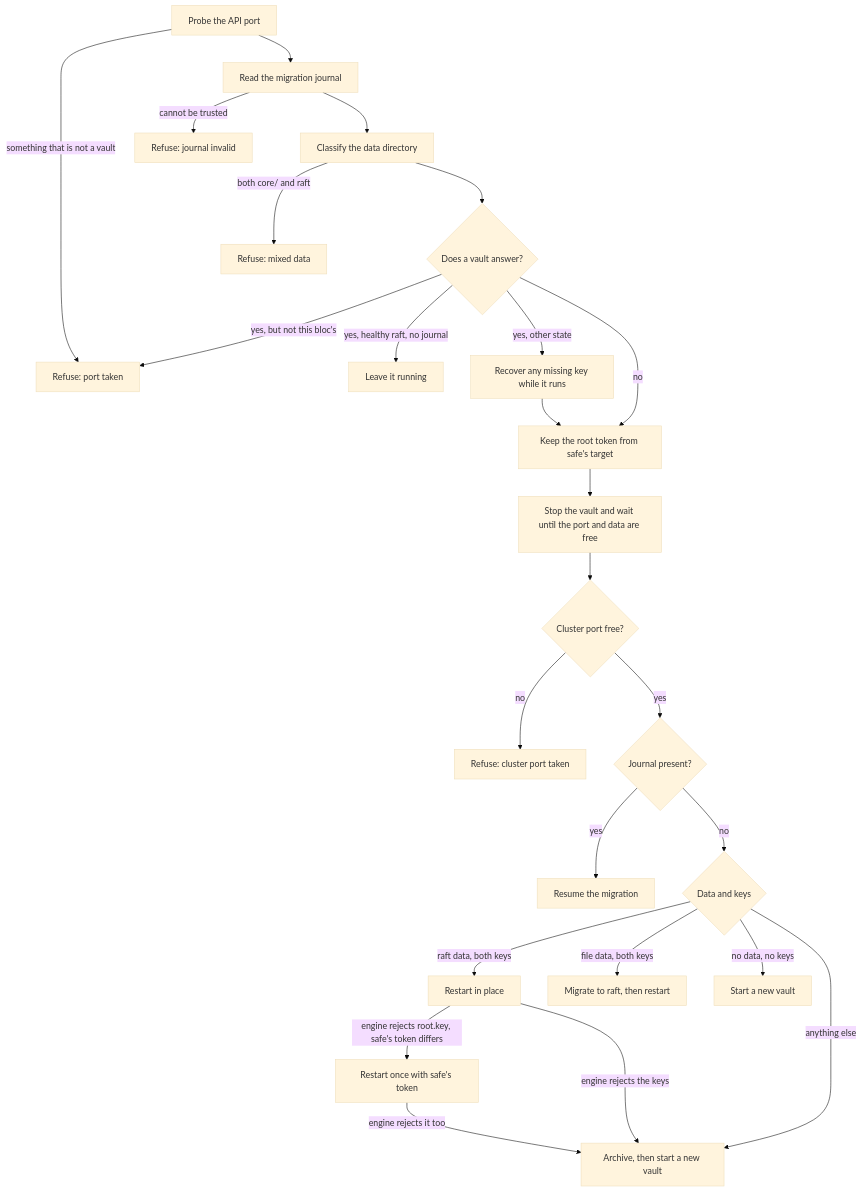
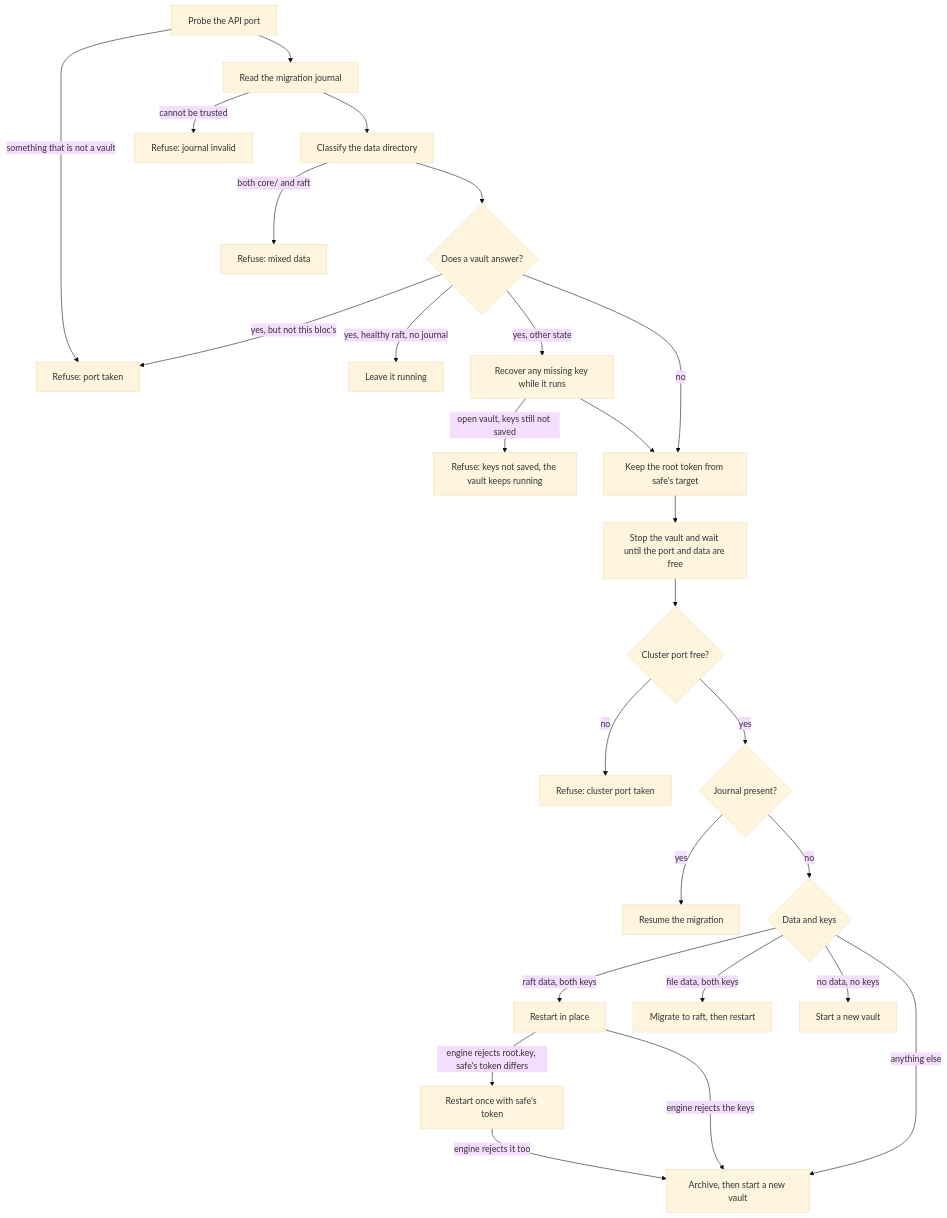
The diagram in docs/inception-vault.md (fivetwenty-io/ocfp-cli), drawn with Mermaid (base theme) before and after one commit. The commit also changed other lines of this file and 2 other files, not shown here.

First line of the commit message:
Leave an open vault running without saved keys

````diff
--- a/docs/inception-vault.md
+++ b/docs/inception-vault.md
@@ -44,27 +44,28 @@
 ```mermaid
 flowchart TD
     A[Probe the API port] -->|something that is not a vault| X1[Refuse: port taken]
     A --> B[Read the migration journal]
     B -->|cannot be trusted| X2[Refuse: journal invalid]
     B --> C[Classify the data directory]
     C -->|both core/ and raft| X3[Refuse: mixed data]
     C --> D{Does a vault answer?}
     D -->|yes, but not this bloc's| X1
     D -->|yes, healthy raft, no journal| H[Leave it running]
     D -->|yes, other state| R[Recover any missing key while it runs]
+    R -->|open vault, keys still not saved| X5[Refuse: keys not saved, the vault keeps running]
     D -->|no| T
     R --> T[Keep the root token from safe's target]
     T --> S[Stop the vault and wait until the port and data are free]
     S --> P{Cluster port free?}
     P -->|no| X4[Refuse: cluster port taken]
     P -->|yes| J{Journal present?}
     J -->|yes| M[Resume the migration]
     J -->|no| K{Data and keys}
     K -->|raft data, both keys| RS[Restart in place]
     K -->|file data, both keys| MG[Migrate to raft, then restart]
     K -->|no data, no keys| F[Start a new vault]
     K -->|anything else| AR[Archive, then start a new vault]
     RS -->|engine rejects root.key, safe's token differs| RT[Restart once with safe's token]
     RS -->|engine rejects the keys| AR
     RT -->|engine rejects it too| AR
 ```
````
